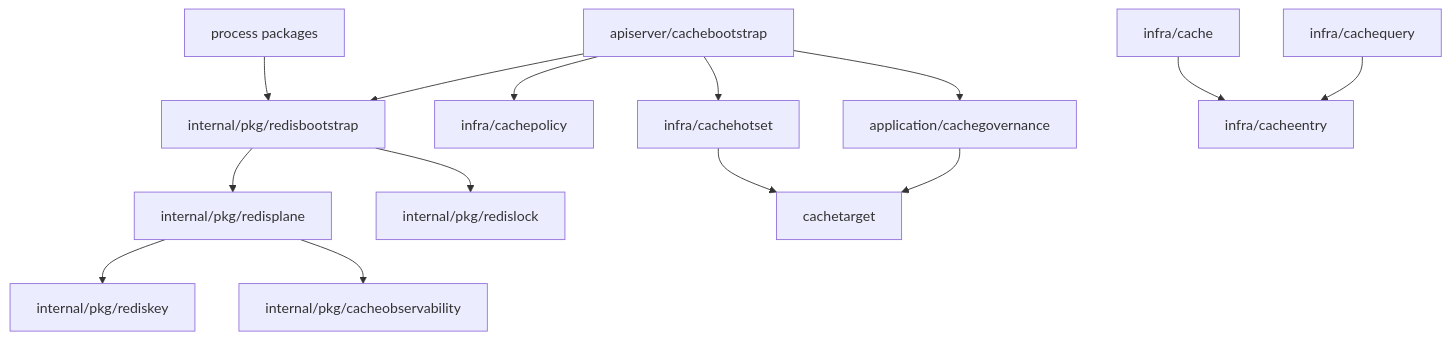
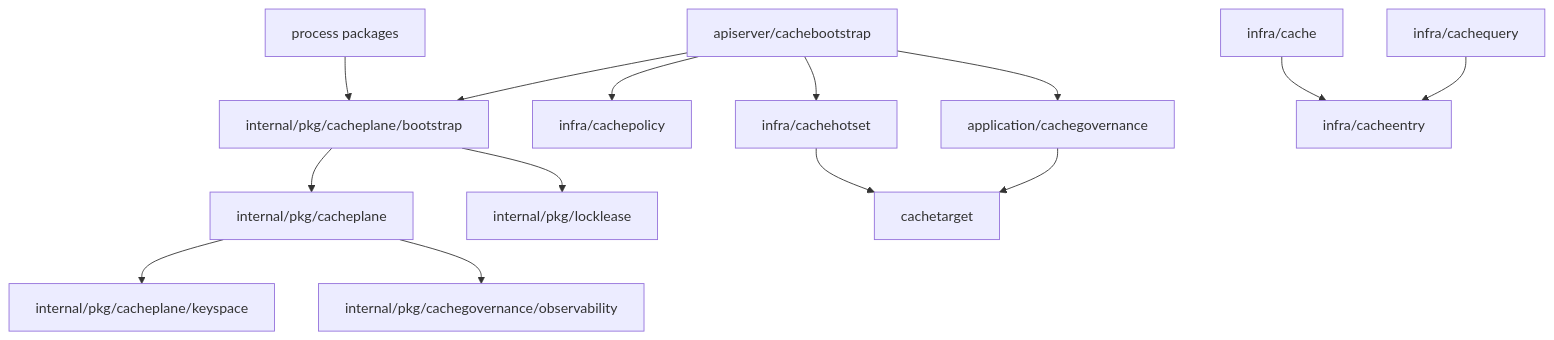
Before and after one commit to FangcunMount/qs-server: the third of 3 diagrams in docs/03-基础设施/redis/00-整体架构.md, drawn with Mermaid. The commit also changed other lines of this file and 34 other files, not shown here.

````diff
--- a/docs/03-基础设施/redis/00-整体架构.md
+++ b/docs/03-基础设施/redis/00-整体架构.md
@@ -109,18 +109,18 @@
 ```mermaid
 flowchart TD
-    Process["process packages"] --> RedisBootstrap["internal/pkg/redisbootstrap"]
-    RedisBootstrap --> RedisPlane["internal/pkg/redisplane"]
-    RedisBootstrap --> RedisLock["internal/pkg/redislock"]
-    RedisPlane --> RedisKey["internal/pkg/rediskey"]
-    RedisPlane --> CacheObs["internal/pkg/cacheobservability"]
+    Process["process packages"] --> CacheBootstrap["internal/pkg/cacheplane/bootstrap"]
+    CacheBootstrap --> CachePlane["internal/pkg/cacheplane"]
+    CacheBootstrap --> LockLease["internal/pkg/locklease"]
+    CachePlane --> CacheKeyspace["internal/pkg/cacheplane/keyspace"]
+    CachePlane --> GovernanceObs["internal/pkg/cachegovernance/observability"]
 
-    APICache["apiserver/cachebootstrap"] --> RedisBootstrap
+    APICache["apiserver/cachebootstrap"] --> CacheBootstrap
     APICache --> CachePolicy["infra/cachepolicy"]
     APICache --> CacheHotset["infra/cachehotset"]
     APICache --> CacheGov["application/cachegovernance"]
 
     CacheObj["infra/cache"] --> CacheEntry["infra/cacheentry"]
     CacheQuery["infra/cachequery"] --> CacheEntry
     CacheHotset --> CacheTarget["cachetarget"]
     CacheGov --> CacheTarget
 ```
````
